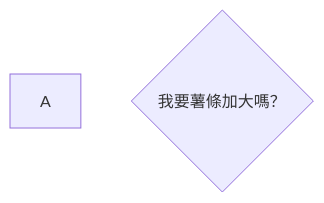
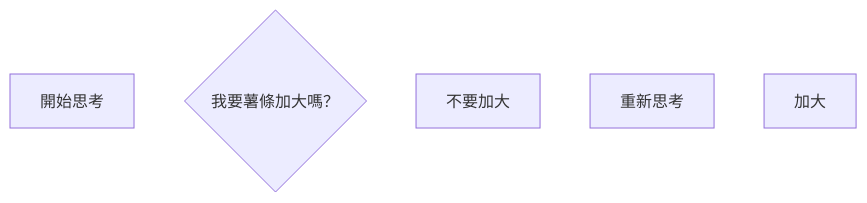
The diagram in 知識/程式語言/Mermaid/語法/流程圖/連結目錄/連結的長度.md (kuku0508/kuku_note_ver_2), drawn with Mermaid before and after one commit. The commit also changed 1 other file, not shown here.

Commit message:
vault backup: 2025-04-25 17:38:15

````diff
--- a/知識/程式語言/Mermaid/語法/流程圖/連結目錄/連結的長度.md
+++ b/知識/程式語言/Mermaid/語法/流程圖/連結目錄/連結的長度.md
@@ -2,5 +2,8 @@
 ```mermaid
 flowchart TD
-A
+A[開始思考]
 B@{shape: diam, label: 我要薯條加大嗎？}
+C[不要加大]
+D[重新思考]
+E[加大]
 ```
````
